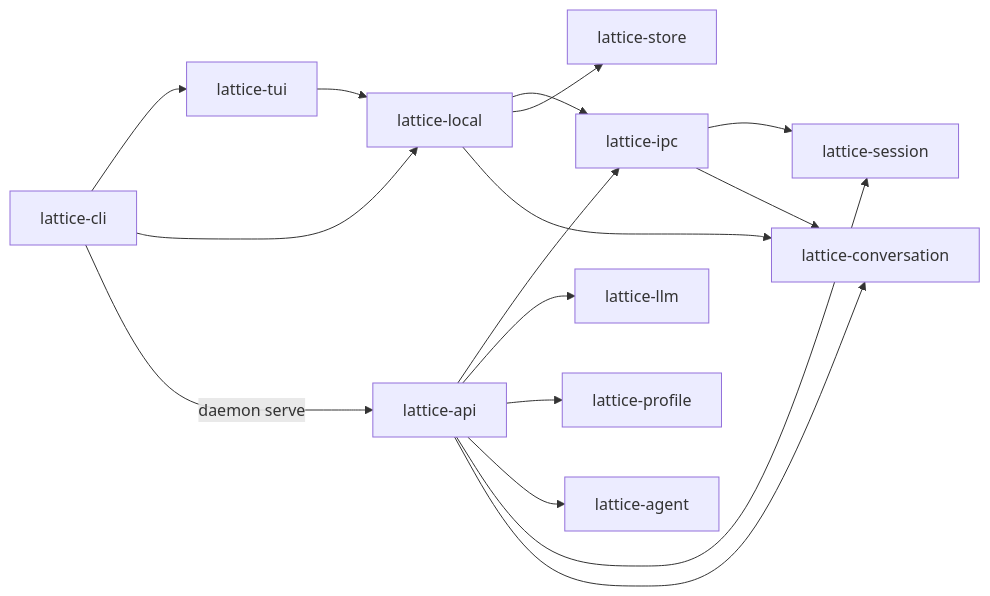
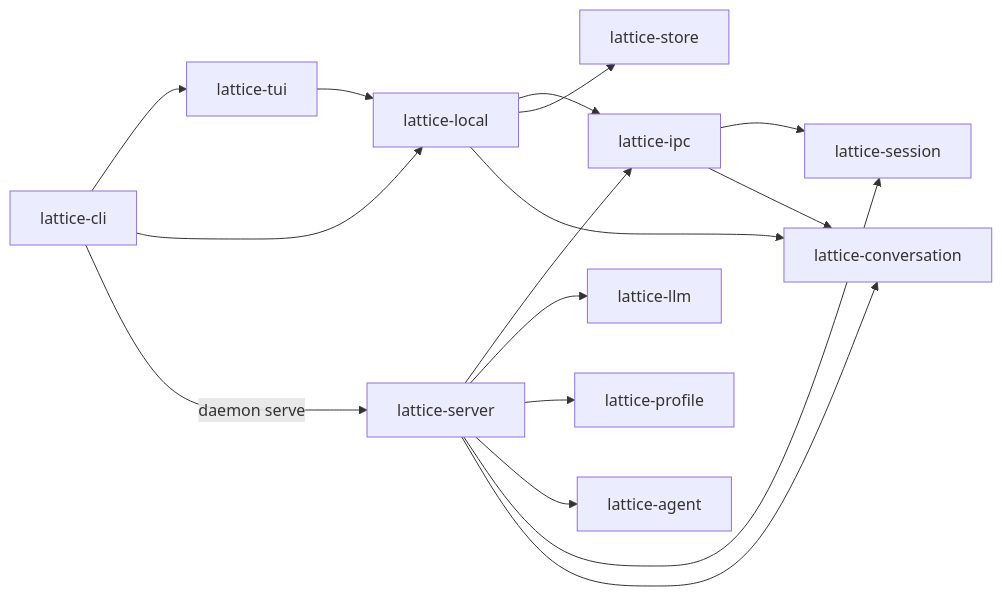
Before and after one commit to Skyline10124/lattice: the diagram in docs/architecture/crates.md, drawn with Mermaid. The commit also changed other lines of this file and 144 other files, not shown here.

First line of the commit message:
refactor(server): lattice-api 更名为 lattice-server，收窄公开面并完成拆分收口 (#408)

````diff
--- a/docs/architecture/crates.md
+++ b/docs/architecture/crates.md
@@ -15,18 +15,18 @@
 ```mermaid
 flowchart LR
     CLI["lattice-cli"] --> TUI["lattice-tui"]
     CLI --> LOCAL["lattice-local"]
-    CLI -->|daemon serve| API["lattice-api"]
+    CLI -->|daemon serve| SERVER["lattice-server"]
     TUI --> LOCAL
     LOCAL --> IPC["lattice-ipc"]
     LOCAL --> STORE["lattice-store"]
     LOCAL --> CONV["lattice-conversation"]
-    API --> IPC
-    API --> LLM["lattice-llm"]
-    API --> PROFILE["lattice-profile"]
-    API --> AGENT["lattice-agent"]
-    API --> SESSION["lattice-session"]
-    API --> CONV
+    SERVER --> IPC
+    SERVER --> LLM["lattice-llm"]
+    SERVER --> PROFILE["lattice-profile"]
+    SERVER --> AGENT["lattice-agent"]
+    SERVER --> SESSION["lattice-session"]
+    SERVER --> CONV
     IPC --> SESSION
     IPC --> CONV
 ```
````
